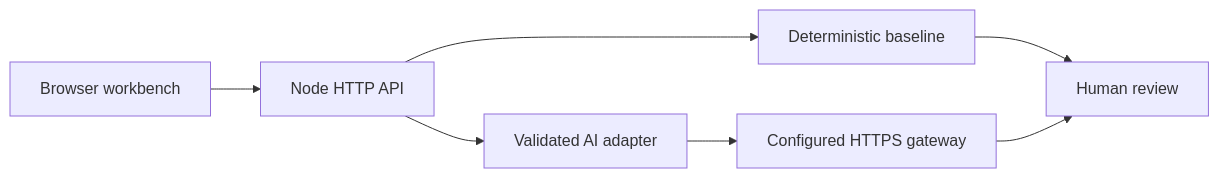
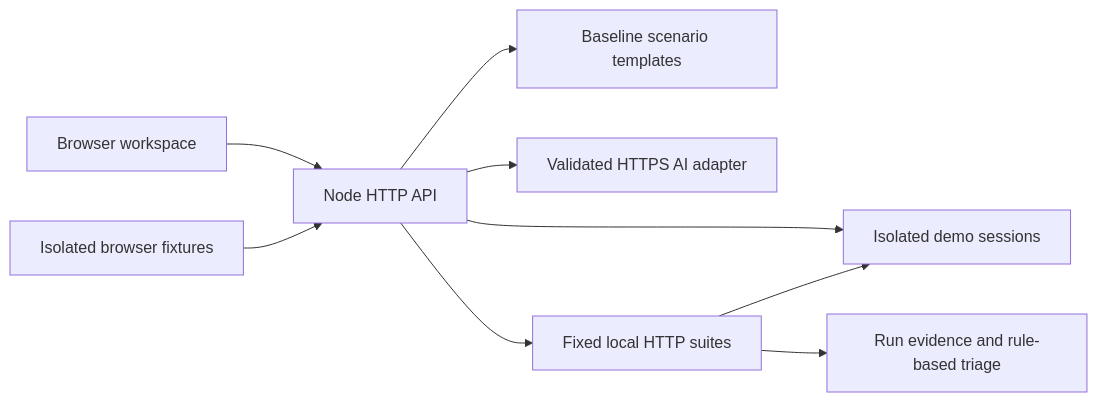
One commit to prapulinet/qualitypilot changed the diagram in README.md. Above: the diagram before and after it, drawn with Mermaid. The commit also changed other lines of this file and 40 other files, not shown here.

Commit message:
Build complete local QA workspace with live suites and commerce coverage

````diff
--- a/README.md
+++ b/README.md
@@ -28,9 +109,11 @@
 ```mermaid
 flowchart LR
-  A[Browser workbench] --> B[Node HTTP API]
-  B --> C[Deterministic baseline]
-  B --> D[Validated AI adapter]
-  D --> E[Configured HTTPS gateway]
-  C --> F[Human review]
-  E --> F
+  Browser[Browser workspace] --> API[Node HTTP API]
+  API --> Baseline[Baseline scenario templates]
+  API --> Gateway[Validated HTTPS AI adapter]
+  API --> Commerce[Isolated demo sessions]
+  API --> Runner[Fixed local HTTP suites]
+  Runner --> Commerce
+  Runner --> Reports[Run evidence and rule-based triage]
+  Playwright[Isolated browser fixtures] --> API
 ```
````
